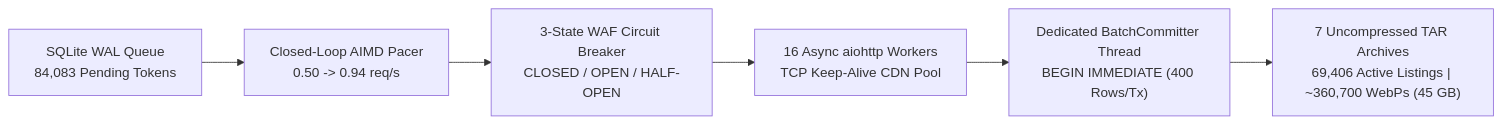
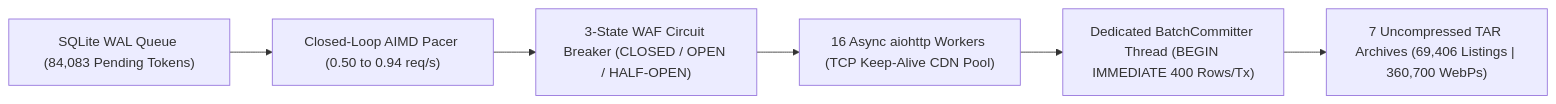
Before and after one commit to ahmadZMVD/FGVC-IR8: the second of 5 diagrams in README.fa.md, drawn with Mermaid. The commit also changed other lines of this file and 1 other file, not shown here.

````diff
--- a/README.fa.md
+++ b/README.fa.md
@@ -139,8 +125,8 @@
 ```mermaid
 flowchart LR
-    Q["SQLite WAL Queue<br/>84,083 Pending Tokens"] --> P["Closed-Loop AIMD Pacer<br/>0.50 -> 0.94 req/s"]
-    P --> CB["3-State WAF Circuit Breaker<br/>CLOSED / OPEN / HALF-OPEN"]
-    CB --> W["16 Async aiohttp Workers<br/>TCP Keep-Alive CDN Pool"]
-    W --> BC["Dedicated BatchCommitter Thread<br/>BEGIN IMMEDIATE (400 Rows/Tx)"]
-    BC --> TAR["7 Uncompressed TAR Archives<br/>69,406 Active Listings | ~360,700 WebPs (45 GB)"]
+    Q["SQLite WAL Queue (84,083 Pending Tokens)"] --> P["Closed-Loop AIMD Pacer (0.50 to 0.94 req/s)"]
+    P --> CB["3-State WAF Circuit Breaker (CLOSED / OPEN / HALF-OPEN)"]
+    CB --> W["16 Async aiohttp Workers (TCP Keep-Alive CDN Pool)"]
+    W --> BC["Dedicated BatchCommitter Thread (BEGIN IMMEDIATE 400 Rows/Tx)"]
+    BC --> TAR["7 Uncompressed TAR Archives (69,406 Listings | 360,700 WebPs)"]
 ```
````
